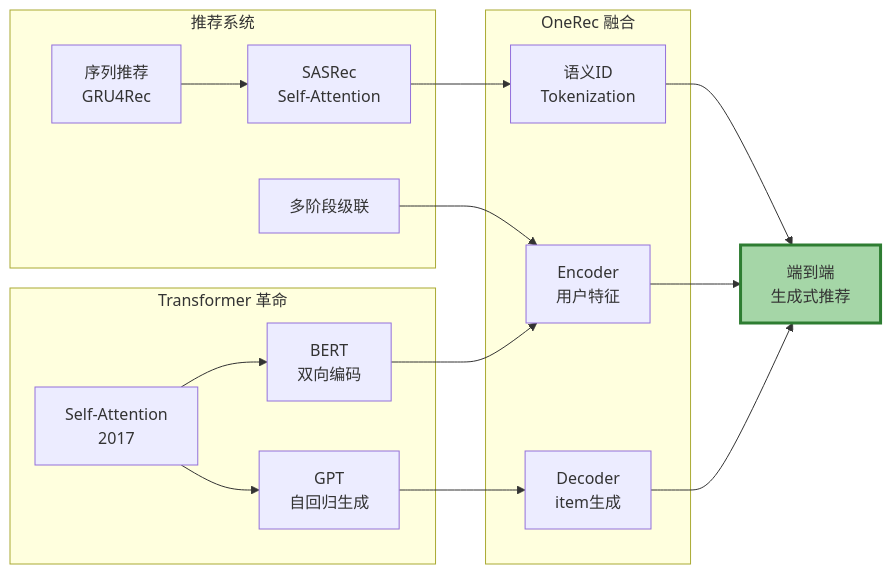
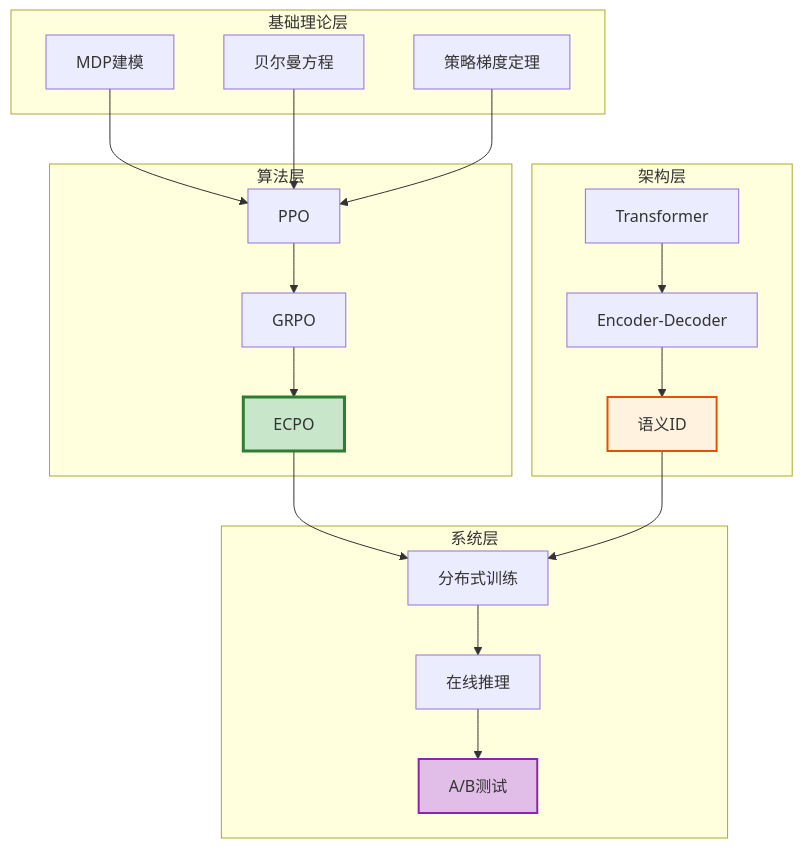
One commit to konyellin-cyber/RL changed the fifth of 10 diagrams in theory/foundations/04_rl_evolution_to_onerec.md. Above: the diagram before and after it, drawn with Mermaid. The commit also changed other lines of this file and 3 other files, not shown here.

````diff
--- a/theory/foundations/04_rl_evolution_to_onerec.md
+++ b/theory/foundations/04_rl_evolution_to_onerec.md
@@ -157,34 +1226,44 @@
 ```mermaid
-graph LR
-    subgraph "Transformer 革命"
-        A[Self-Attention<br/>2017]
-        B[GPT<br/>自回归生成]
-        C[BERT<br/>双向编码]
+graph TB
+    subgraph "基础理论层"
+        A[MDP建模]
+        B[贝尔曼方程]
+        C[策略梯度定理]
     end
     
-    subgraph "推荐系统"
-        D[序列推荐<br/>GRU4Rec]
-        E[SASRec<br/>Self-Attention]
-        F[多阶段级联]
+    subgraph "算法层"
+        D[PPO]
+        E[GRPO]
+        F[ECPO]
     end
     
-    subgraph "OneRec 融合"
-        G[Encoder<br/>用户特征]
-        H[Decoder<br/>item生成]
-        I[语义ID<br/>Tokenization]
+    subgraph "架构层"
+        G[Transformer]
+        H[Encoder-Decoder]
+        I[语义ID]
     end
     
-    A --> B
-    A --> C
-    B --> H
-    C --> G
+    subgraph "系统层"
+        J[分布式训练]
+        K[在线推理]
+        L[A/B测试]
+    end
+    
+    A --> D
+    B --> D
+    C --> D
     D --> E
-    E --> I
-    F --> G
+    E --> F
     
-    G --> J[端到端<br/>生成式推荐]
-    H --> J
+    G --> H
+    H --> I
+    
+    F --> J
     I --> J
+    J --> K
+    K --> L
     
-    style J fill:#a5d6a7,stroke:#2e7d32,stroke-width:3px
+    style F fill:#c8e6c9,stroke:#2e7d32,stroke-width:3px
+    style I fill:#fff3e0,stroke:#e65100,stroke-width:2px
+    style L fill:#e1bee7,stroke:#8e24aa,stroke-width:2px
 ```
````
